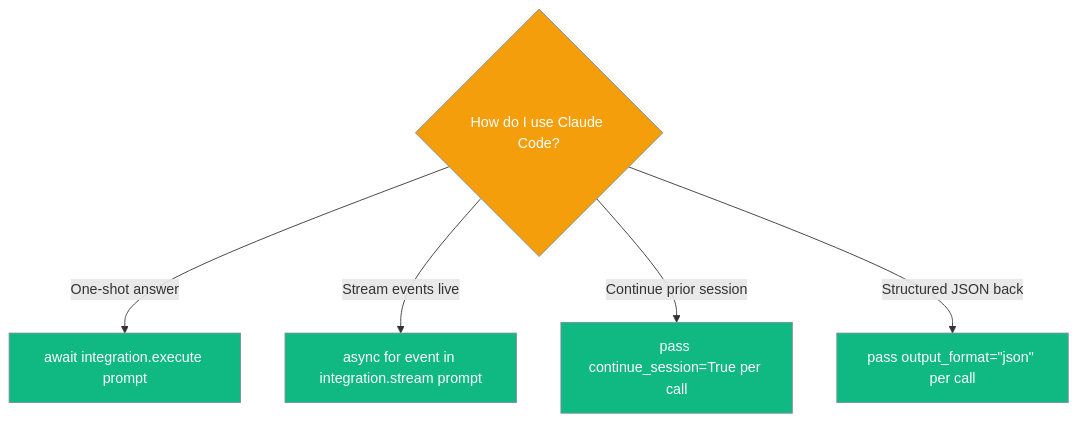
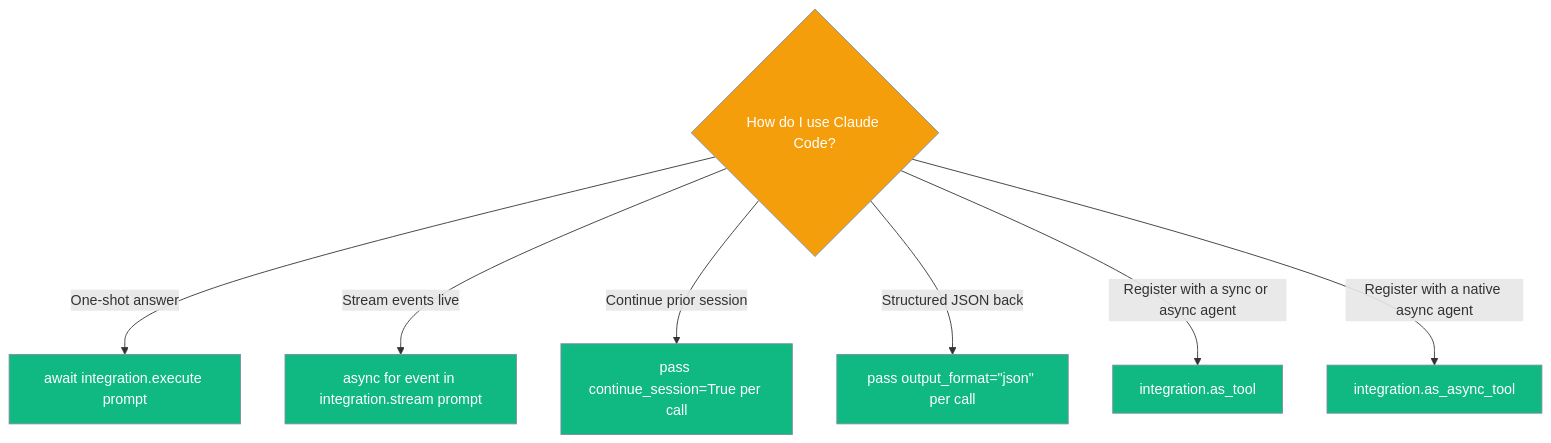
The fourth of 4 diagrams in docs/features/external-cli-integrations.mdx (MervinPraison/PraisonAIDocs), drawn with Mermaid before and after one commit. The commit also changed other lines of this file and 7 other files, not shown here.

First line of the commit message:
docs: document async-safe as_tool() and new as_async_tool() (fixes #3011)

````diff
--- a/docs/features/external-cli-integrations.mdx
+++ b/docs/features/external-cli-integrations.mdx
@@ -281,14 +313,16 @@
 ```mermaid
 graph TB
     Q{How do I use Claude Code?}
     Q -->|One-shot answer| A[await integration.execute prompt]
     Q -->|Stream events live| B[async for event in integration.stream prompt]
     Q -->|Continue prior session| C[pass continue_session=True per call]
     Q -->|Structured JSON back| D[pass output_format=&quot;json&quot; per call]
+    Q -->|Register with a sync or async agent| E[integration.as_tool]
+    Q -->|Register with a native async agent| F[integration.as_async_tool]
 
     classDef choice fill:#F59E0B,stroke:#7C90A0,color:#fff
     classDef action fill:#10B981,stroke:#7C90A0,color:#fff
 
     class Q choice
-    class A,B,C,D action
+    class A,B,C,D,E,F action
 ```
````
